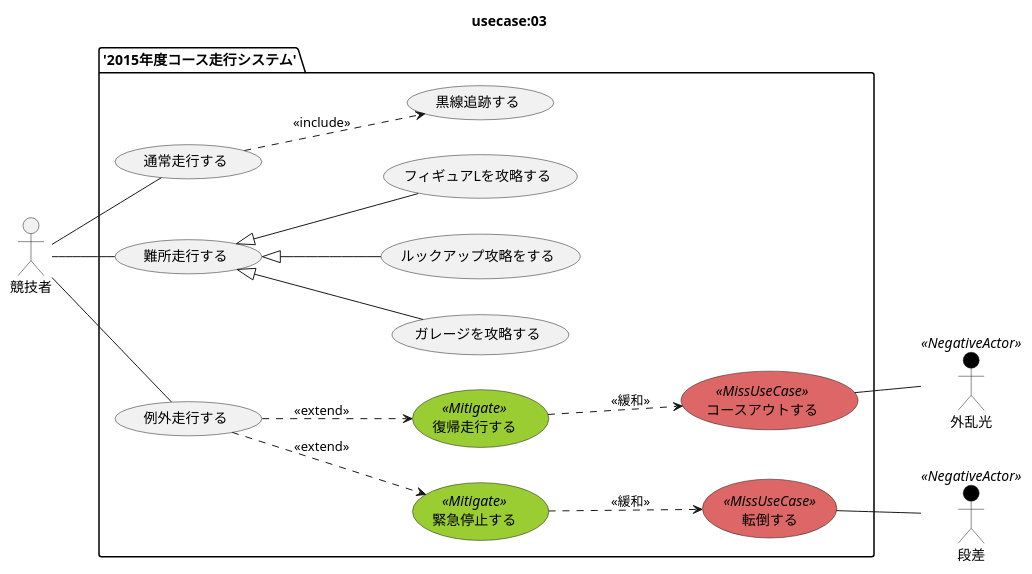
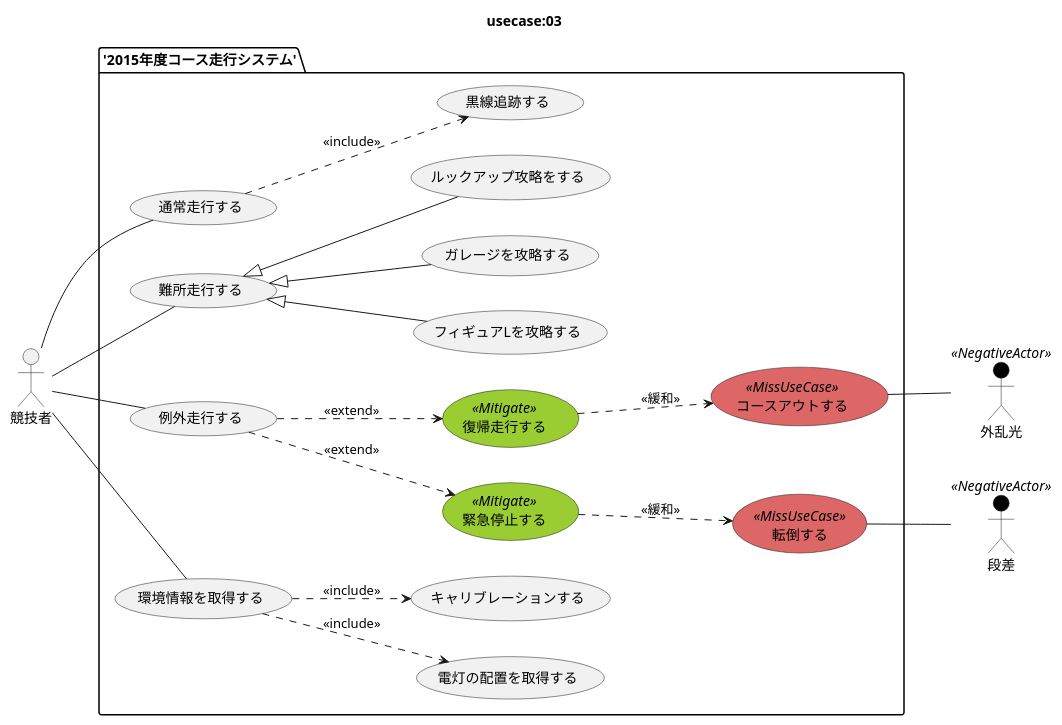
One commit to SLP-KBIT/ETR2015 changed the diagram in diagram/usecase/03/usecase.pu. Above: the diagram before and after it, drawn with PlantUML. The commit also changed 1 other file, not shown here.

Commit message:
(maxmellon:03:usecase) add usecase of calbration

```diff
--- a/diagram/usecase/03/usecase.pu
+++ b/diagram/usecase/03/usecase.pu
@@ -1,59 +1,68 @@
 @startuml usecase.png
 
 title usecase:03 
 
 actor 競技者 as user
 
 left to right direction
 
 skinparam usecase {
   BackgroundColor<<MissUseCase>> #DD6666
   BackgroundColor<<Mitigate>> YellowGreen
 }
 
 skinparam actor {
   BackgroundColor<<NegativeActor>> Black
 }
 
 actor 外乱光 as noise <<NegativeActor>>
 actor 段差   as ramp  <<NegativeActor>>
 
 package '2015年度コース走行システム' {
 
   usecase 通常走行する            as normal
   usecase 難所走行する            as different
   usecase 例外走行する            as exception
 
   usecase 黒線追跡する            as line
   usecase ガレージを攻略する      as grage
   usecase ルックアップ攻略をする  as lookup
   usecase フィギュアLを攻略する   as figureL
 
-  usecase 復帰走行する            as return <<Mitigate>>
-  usecase 緊急停止する            as stop   <<Mitigate>>
+  usecase 復帰走行する            as return    <<Mitigate>>
+  usecase 緊急停止する            as stop      <<Mitigate>>
 
   usecase コースアウトする        as courseout <<MissUseCase>>
   usecase 転倒する                as falling   <<MissUseCase>>
 
+  usecase 環境情報を取得する      as getenv
+
+  usecase 電灯の配置を取得する    as getlight
+  usecase キャリブレーションする  as calb
+
   user -- normal
   user -- different
   user -- exception
+  user -- getenv
 
   normal ..> line : <<include>>
 
   different <|-- grage
   different <|-- lookup
   different <|-- figureL
 
   exception ..> return : <<extend>>
   exception ..> stop   : <<extend>>
 
+  getenv ..> getlight  : <<include>>
+  getenv ..> calb      : <<include>>
+
   return ..> courseout : <<緩和>>
   stop ..> falling  : <<緩和>>
 
   courseout -- noise
   falling  -- ramp
 
 }
 
 @enduml
```
